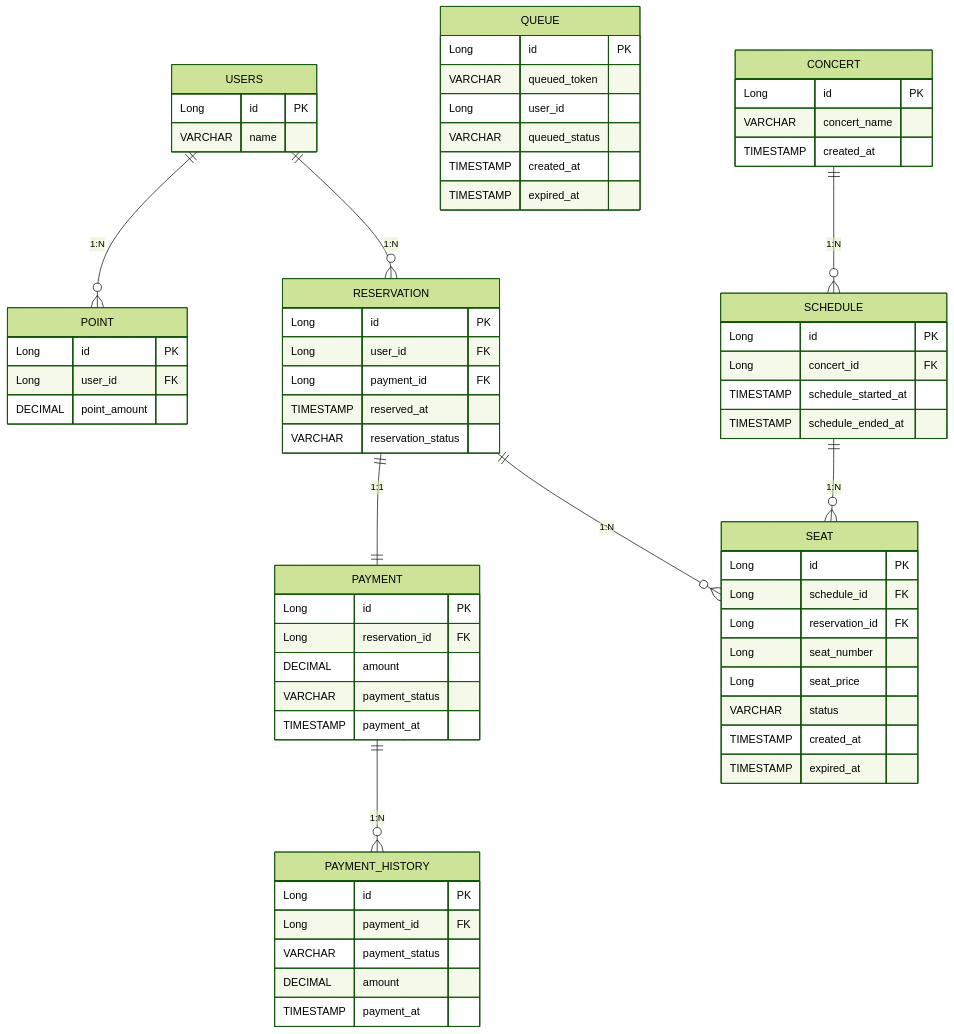
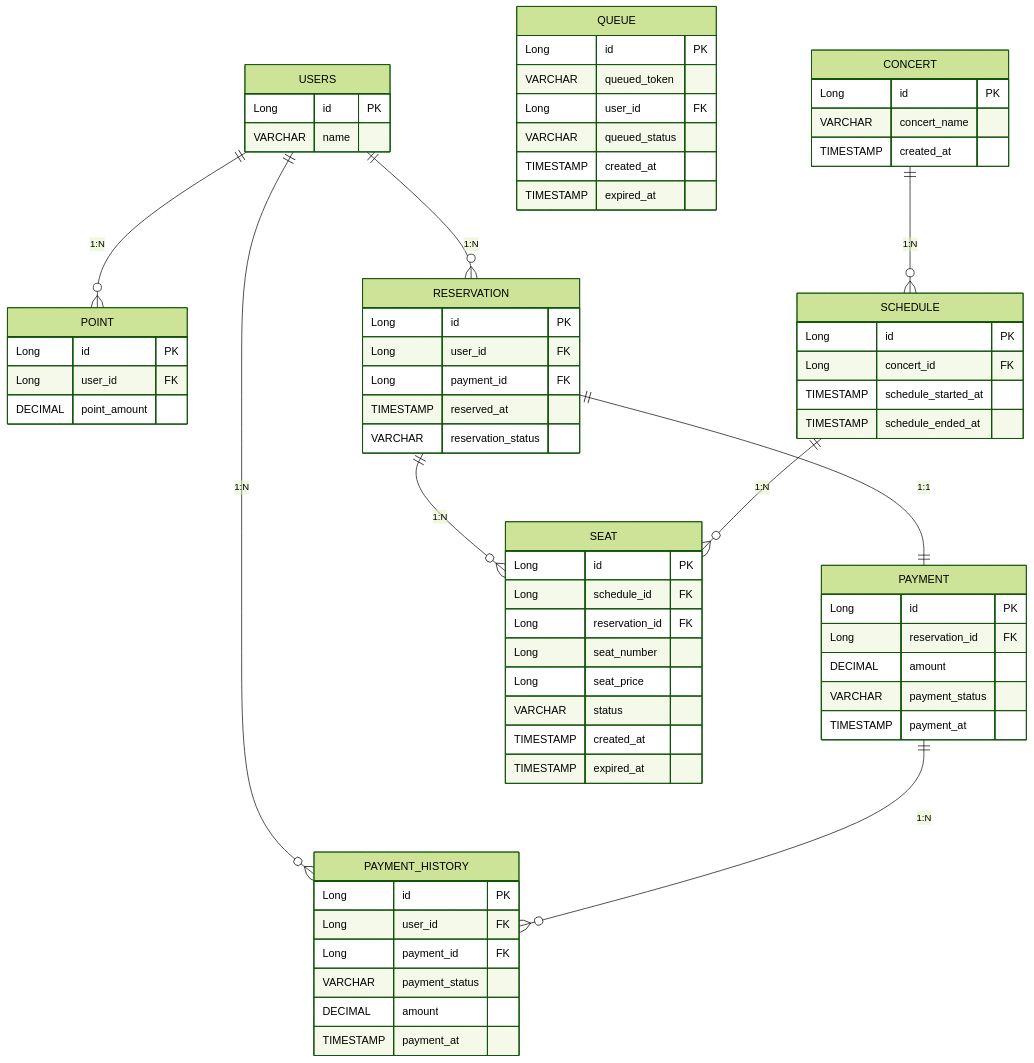
One commit to hyojin202406/hanghae-concert changed the diagram in docs/ERD.md. Above: the diagram before and after it, drawn with Mermaid (forest theme).

Commit message:
chor: ERD 변경
- PAYMENT_HISTORY 테이블 userId 컬럼 추가

````diff
--- a/docs/ERD.md
+++ b/docs/ERD.md
@@ -5,80 +5,82 @@
 ```mermaid
 erDiagram
     USERS {
         Long id PK
         VARCHAR name
     }
     
     POINT {
         Long id PK
         Long user_id FK
         DECIMAL point_amount
     }
     
     QUEUE {
         Long id PK
         VARCHAR queued_token
-        Long user_id
+        Long user_id FK
         VARCHAR queued_status
         TIMESTAMP created_at
         TIMESTAMP expired_at
     }
 
     RESERVATION {
         Long id PK
         Long user_id FK
         Long payment_id FK
         TIMESTAMP reserved_at
         VARCHAR reservation_status
     }
 
     PAYMENT {
         Long id PK
         Long reservation_id FK
         DECIMAL amount
         VARCHAR payment_status
         TIMESTAMP payment_at
     }
     
     PAYMENT_HISTORY {
         Long id PK
+        Long user_id FK
         Long payment_id FK
         VARCHAR payment_status
         DECIMAL amount
         TIMESTAMP payment_at
     }
     
     CONCERT {
         Long id PK
         VARCHAR concert_name
         TIMESTAMP created_at
     }
 
     SCHEDULE {
         Long id PK
         Long concert_id FK
         TIMESTAMP schedule_started_at
         TIMESTAMP schedule_ended_at
     }
     
     SEAT {
         Long id PK
         Long schedule_id FK
         Long reservation_id FK
         Long seat_number
         Long seat_price
         VARCHAR status
         TIMESTAMP created_at
         TIMESTAMP expired_at
     }
 
     %% Relationships
     USERS ||--o{ RESERVATION : "1:N"
+    USERS ||--o{ PAYMENT_HISTORY : "1:N"
     USERS ||--o{ POINT : "1:N"
+    PAYMENT ||--o{ PAYMENT_HISTORY : "1:N"
     RESERVATION ||--|| PAYMENT : "1:1"
-    PAYMENT ||--o{ PAYMENT_HISTORY : "1:N"
     RESERVATION ||--o{ SEAT : "1:N"
     CONCERT ||--o{ SCHEDULE : "1:N"
     SCHEDULE ||--o{ SEAT : "1:N"
 
 ```
````
